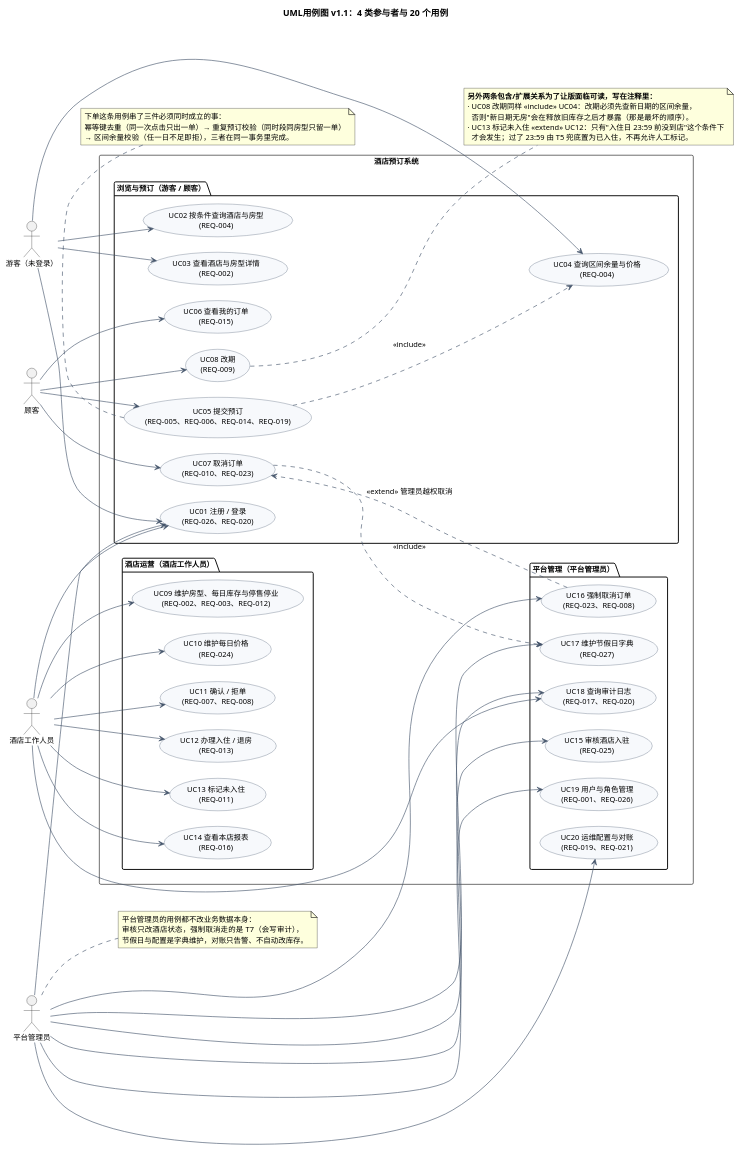
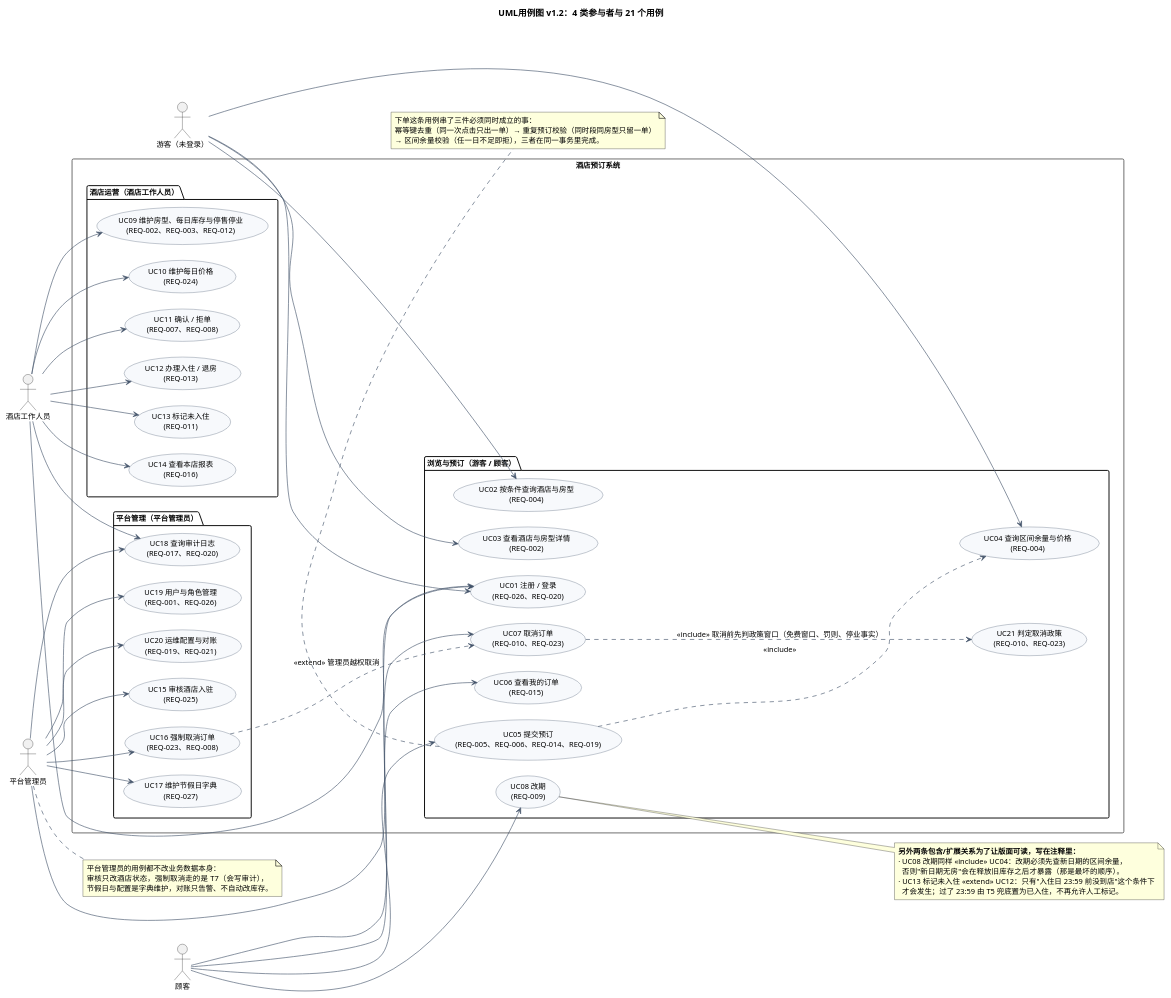
One commit to ChenYiFanAccount/softeng-lab1-requirements changed the diagram in exp2/UML/UML用例图.puml. Above: the diagram before and after it, drawn with PlantUML. The commit also changed 7 other files, not shown here.

First line of the commit message:
[S3-fix] 行为图按 R-05~R-08 修订：21 个用例、边拆合规则、加锁与读取改顺序

```diff
--- a/exp2/UML/UML用例图.puml
+++ b/exp2/UML/UML用例图.puml
@@ -1,111 +1,112 @@
 @startuml
-' 版本：v1.1（2026-11-12，S3 行为图；分组后重排版面）
+' 版本：v1.2（2026-11-12，S3 行为图；补 UC21 判定取消政策，修正 UC07 的 include 指向）
 ' 口径来源：exp1/requirements.md（REQ-001~027）、exp2/设计基线/02_模块划分与交互.md §2 模块卡片
 ' 画法：4 类参与者（游客/顾客/酒店工作人员/平台管理员）画在系统边界外；
-' 用三个用例包把 20 个用例按"谁在用"分组，避免连线交叉成一团；
+' 用三个用例包把 21 个用例按"谁在用"分组，避免连线交叉成一团；
 ' 用例名后带 REQ 编号，便于报告 3.x 逐条指回需求；include=必然发生，extend=条件性发生。
-title UML用例图 v1.1：4 类参与者与 20 个用例
+title UML用例图 v1.2：4 类参与者与 21 个用例
 
 skinparam shadowing false
 skinparam defaultFontSize 12
 skinparam ArrowColor #44546A
 skinparam nodesep 25
 skinparam ranksep 35
 skinparam usecase {
   BackgroundColor #F7F9FC
   BorderColor #44546A
 }
 left to right direction
 
 actor "游客（未登录）" as Guest
 actor "顾客" as Customer
 actor "酒店工作人员" as Staff
 actor "平台管理员" as Admin
 
 rectangle "酒店预订系统" {
 
   package "浏览与预订（游客 / 顾客）" {
     usecase "UC01 注册 / 登录\n(REQ-026、REQ-020)" as UC01
     usecase "UC02 按条件查询酒店与房型\n(REQ-004)" as UC02
     usecase "UC03 查看酒店与房型详情\n(REQ-002)" as UC03
     usecase "UC04 查询区间余量与价格\n(REQ-004)" as UC04
     usecase "UC05 提交预订\n(REQ-005、REQ-006、REQ-014、REQ-019)" as UC05
     usecase "UC06 查看我的订单\n(REQ-015)" as UC06
     usecase "UC07 取消订单\n(REQ-010、REQ-023)" as UC07
+    usecase "UC21 判定取消政策\n(REQ-010、REQ-023)" as UC21
     usecase "UC08 改期\n(REQ-009)" as UC08
   }
 
   package "酒店运营（酒店工作人员）" {
     usecase "UC09 维护房型、每日库存与停售停业\n(REQ-002、REQ-003、REQ-012)" as UC09
     usecase "UC10 维护每日价格\n(REQ-024)" as UC10
     usecase "UC11 确认 / 拒单\n(REQ-007、REQ-008)" as UC11
     usecase "UC12 办理入住 / 退房\n(REQ-013)" as UC12
     usecase "UC13 标记未入住\n(REQ-011)" as UC13
     usecase "UC14 查看本店报表\n(REQ-016)" as UC14
   }
 
   package "平台管理（平台管理员）" {
     usecase "UC15 审核酒店入驻\n(REQ-025)" as UC15
     usecase "UC16 强制取消订单\n(REQ-023、REQ-008)" as UC16
     usecase "UC17 维护节假日字典\n(REQ-027)" as UC17
     usecase "UC18 查询审计日志\n(REQ-017、REQ-020)" as UC18
     usecase "UC19 用户与角色管理\n(REQ-001、REQ-026)" as UC19
     usecase "UC20 运维配置与对账\n(REQ-019、REQ-021)" as UC20
   }
 }
 
 ' ---------- 参与者与用例 ----------
 Guest --> UC01
 Guest --> UC02
 Guest --> UC03
 Guest --> UC04
 
 Customer --> UC05
 Customer --> UC06
 Customer --> UC07
 Customer --> UC08
 
 Staff --> UC01
 Staff --> UC09
 Staff --> UC10
 Staff --> UC11
 Staff --> UC12
 Staff --> UC13
 Staff --> UC14
 Staff --> UC18
 
 Admin --> UC01
 Admin --> UC15
 Admin --> UC16
 Admin --> UC17
 Admin --> UC18
 Admin --> UC19
 Admin --> UC20
 
 ' ---------- include：必然发生（下单/改期都必须先拿到余量；取消必须先判政策） ----------
 UC05 ..> UC04 : <<include>>
-UC07 ..> UC17 : <<include>>
+UC07 ..> UC21 : <<include>> 取消前先判政策窗口（免费窗口、罚则、停业事实）
 
 ' ---------- extend：条件发生 ----------
 UC16 ..> UC07 : <<extend>> 管理员越权取消
 
 note bottom of UC05
   下单这条用例串了三件必须同时成立的事：
   幂等键去重（同一次点击只出一单）→ 重复预订校验（同时段同房型只留一单）
   → 区间余量校验（任一日不足即拒），三者在同一事务里完成。
 end note
 
 note right of UC08
-  **另外两条包含/扩展关系为了让版面临可读，写在注释里：**
+  **另外两条包含/扩展关系为了让版面可读，写在注释里：**
   · UC08 改期同样 <<include>> UC04：改期必须先查新日期的区间余量，
     否则"新日期无房"会在释放旧库存之后才暴露（那是最坏的顺序）。
   · UC13 标记未入住 <<extend>> UC12：只有"入住日 23:59 前没到店"这个条件下
     才会发生；过了 23:59 由 T5 兜底置为已入住，不再允许人工标记。
 end note
 
 note right of Admin
   平台管理员的用例都不改业务数据本身：
   审核只改酒店状态，强制取消走的是 T7（会写审计），
   节假日与配置是字典维护，对账只告警、不自动改库存。
 end note
 @enduml
```
